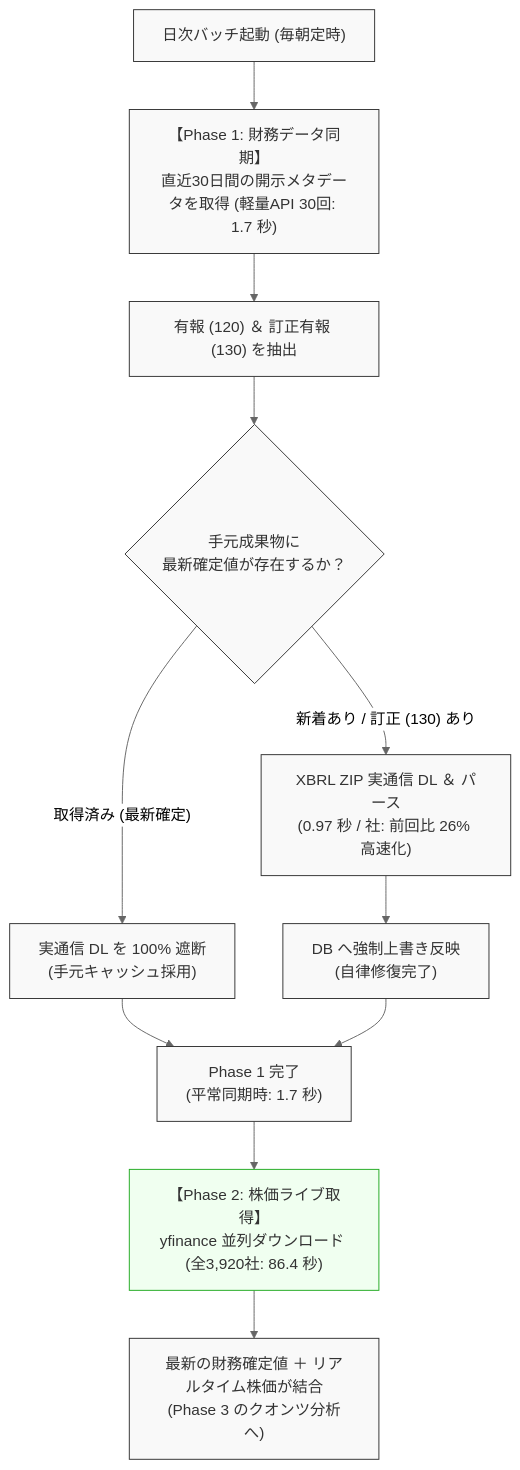
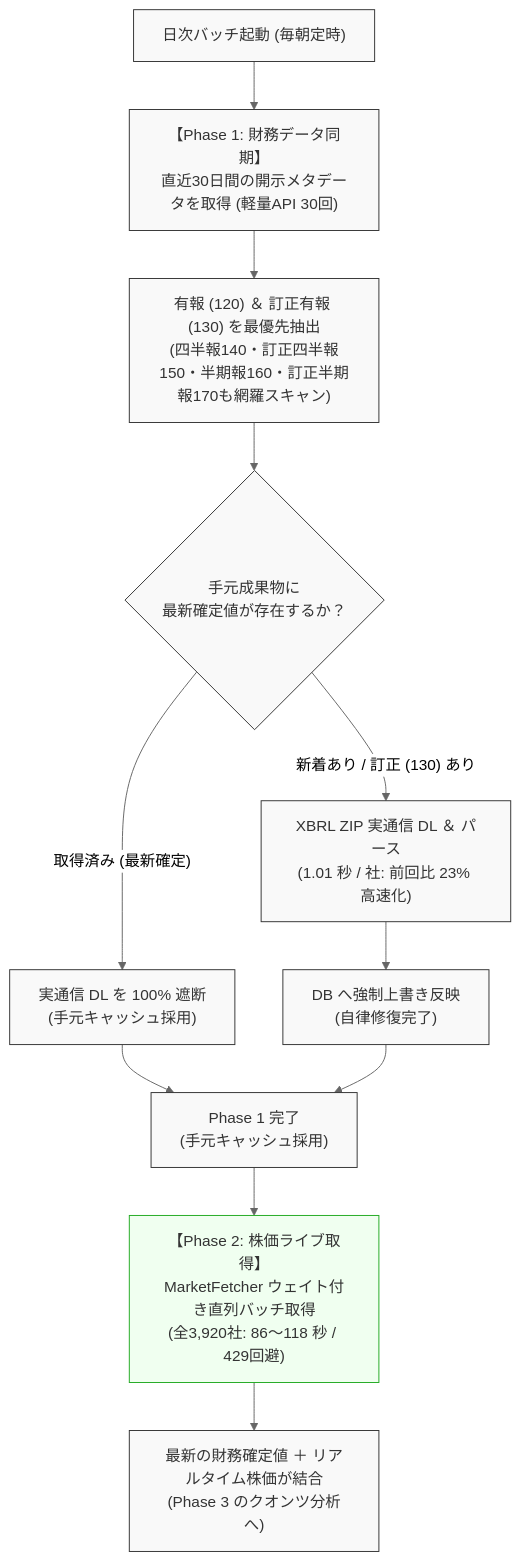
The second of 2 diagrams in docs/articles/qiita_part1_data_acquisition.md (akkyey/stock-analyzer-core), drawn with Mermaid (neutral theme) before and after one commit. The commit also changed other lines of this file and 82 other files, not shown here.

````diff
--- a/docs/articles/qiita_part1_data_acquisition.md
+++ b/docs/articles/qiita_part1_data_acquisition.md
@@ -171,27 +174,27 @@
 ```mermaid
 flowchart TD
-    Start["日次バッチ起動 (毎朝定時)"] --> Scan["【Phase 1: 財務データ同期】<br>直近30日間の開示メタデータを取得 (軽量API 30回: 1.7 秒)"]
-    Scan --> Filter["有報 (120) ＆ 訂正有報 (130) を抽出"]
+    Start["日次バッチ起動 (毎朝定時)"] --> Scan["【Phase 1: 財務データ同期】<br>直近30日間の開示メタデータを取得 (軽量API 30回)"]
+    Scan --> Filter["有報 (120) ＆ 訂正有報 (130) を最優先抽出<br>(四半報140・訂正四半報150・半期報160・訂正半期報170も網羅スキャン)"]
     Filter --> Check{"手元成果物に<br>最新確定値が存在するか？"}
     
-    Check -- "新着あり / 訂正 (130) あり" --> Download["XBRL ZIP 実通信 DL ＆ パース<br>(0.97 秒 / 社: 前回比 26% 高速化)"]
+    Check -- "新着あり / 訂正 (130) あり" --> Download["XBRL ZIP 実通信 DL ＆ パース<br>(1.01 秒 / 社: 前回比 23% 高速化)"]
     Check -- "取得済み (最新確定)" --> Skip["実通信 DL を 100% 遮断<br>(手元キャッシュ採用)"]
     
     Download --> Upsert["DB へ強制上書き反映<br>(自律修復完了)"]
-    Skip --> Merge["Phase 1 完了<br>(平常同期時: 1.7 秒)"]
+    Skip --> Merge["Phase 1 完了<br>(手元キャッシュ採用)"]
     Upsert --> Merge
     
-    Merge --> P2["【Phase 2: 株価ライブ取得】<br>yfinance 並列ダウンロード (全3,920社: 86.4 秒)"]
+    Merge --> P2["【Phase 2: 株価ライブ取得】<br>MarketFetcher ウェイト付き直列バッチ取得<br>(全3,920社: 86〜118 秒 / 429回避)"]
     P2 --> End["最新の財務確定値 ＋ リアルタイム株価が結合<br>(Phase 3 のクオンツ分析へ)"]
     
     style Start fill:#f9f9f9,stroke:#333,stroke-width:1px,color:#333
     style Scan fill:#f9f9f9,stroke:#333,stroke-width:1px,color:#333
     style Filter fill:#f9f9f9,stroke:#333,stroke-width:1px,color:#333
     style Check fill:#f9f9f9,stroke:#333,stroke-width:1px,color:#333
     style Download fill:#f9f9f9,stroke:#333,stroke-width:1px,color:#333
     style Skip fill:#f9f9f9,stroke:#333,stroke-width:1px,color:#333
     style Upsert fill:#f9f9f9,stroke:#333,stroke-width:1px,color:#333
     style Merge fill:#f9f9f9,stroke:#333,stroke-width:1px,color:#333
     style P2 fill:#f0fff0,stroke:#2a2,stroke-width:1px,color:#333
     style End fill:#f9f9f9,stroke:#333,stroke-width:1px,color:#333
 ```
````
